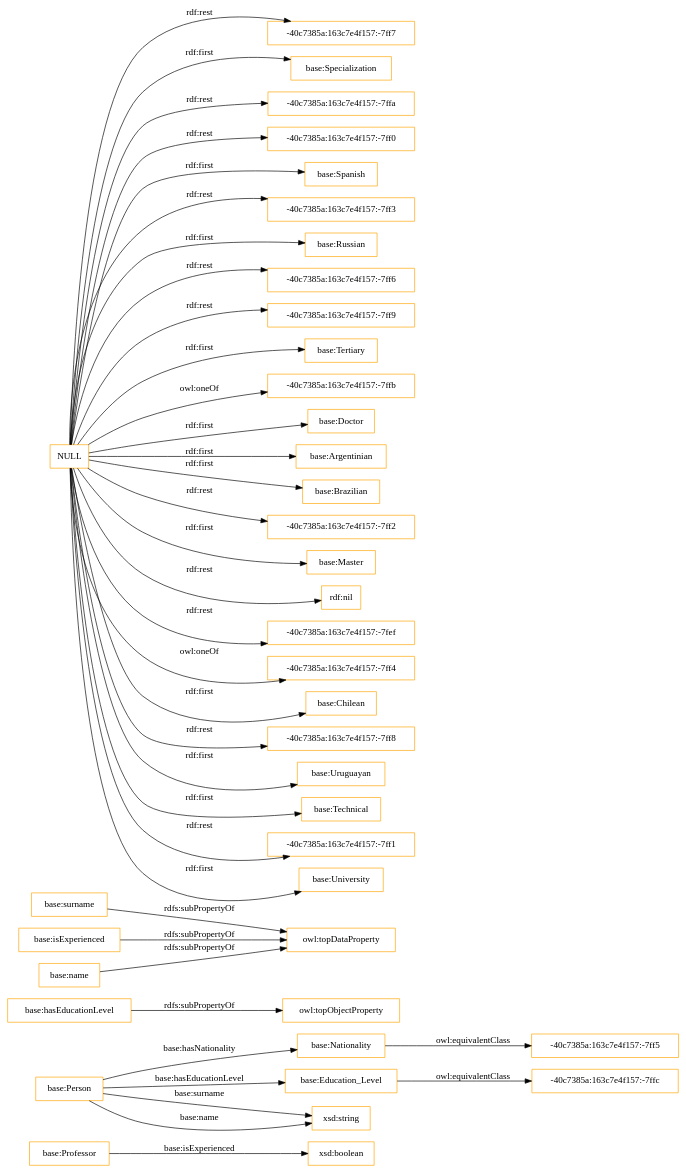
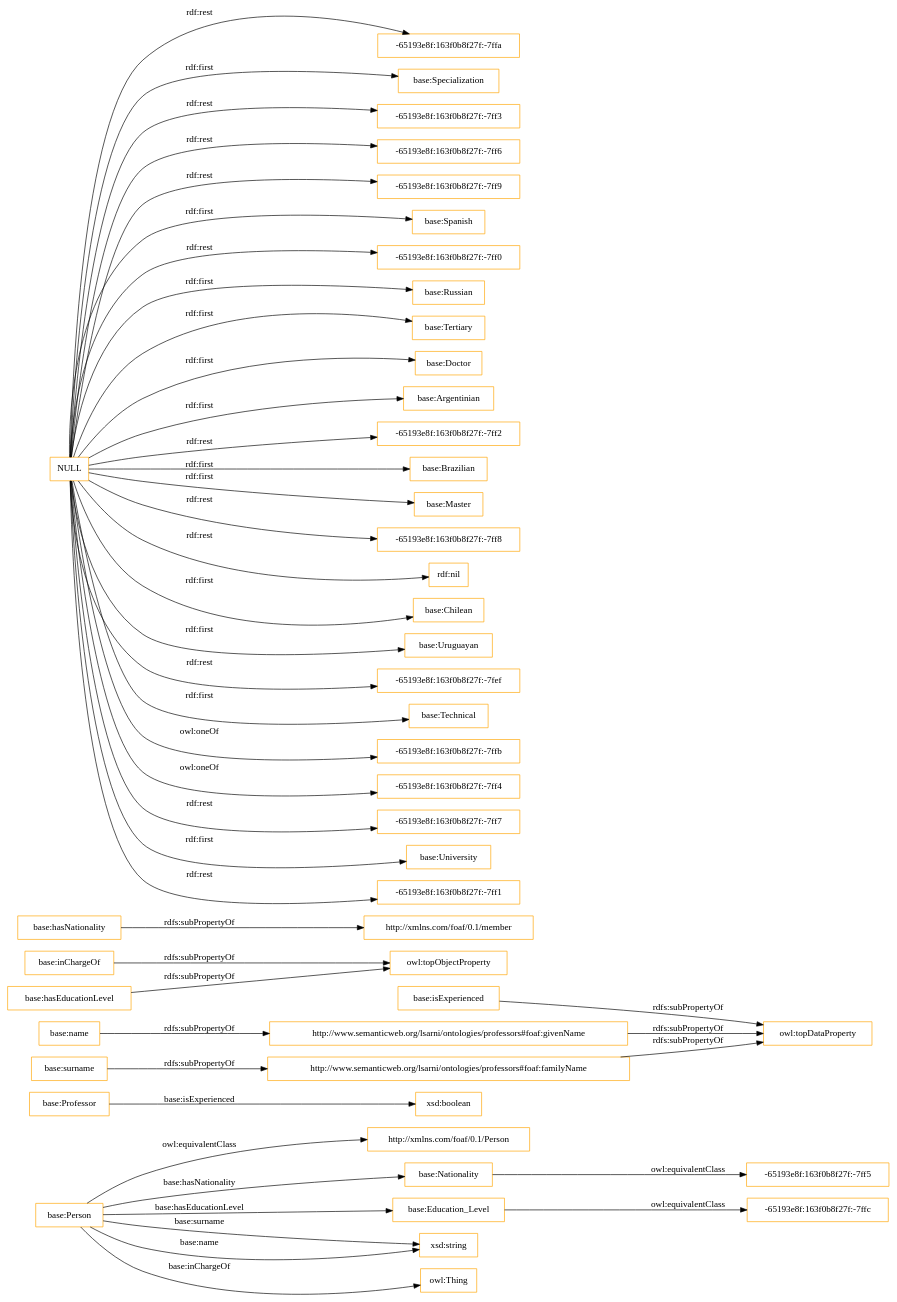
Before and after one commit to OnToologyUser/OntoCIS1: the diagram in OnToology/professors.owl/diagrams/ar2dtool-class/professors.owl.png.dot, drawn with Graphviz. The commit also changed 122 other files, not shown here.

```diff
--- a/OnToology/professors.owl/diagrams/ar2dtool-class/professors.owl.png.dot
+++ b/OnToology/professors.owl/diagrams/ar2dtool-class/professors.owl.png.dot
@@ -1,42 +1,48 @@
 digraph ar2dtool_diagram { 
 rankdir=LR;
 size="1501"
-node [shape = rectangle, color="orange"]; "base:Professor" "base:Person" "-40c7385a:163c7e4f157:-7ff5" "base:Nationality" "-40c7385a:163c7e4f157:-7ffc" "base:Education_Level" ; /*classes style*/
+node [shape = rectangle, color="orange"]; "http://xmlns.com/foaf/0.1/Person" "base:Professor" "base:Person" "-65193e8f:163f0b8f27f:-7ff5" "base:Nationality" "-65193e8f:163f0b8f27f:-7ffc" "base:Education_Level" ; /*classes style*/
+	"http://www.semanticweb.org/lsarni/ontologies/professors#foaf:familyName" -> "owl:topDataProperty" [ label = "rdfs:subPropertyOf" ];
+	"base:inChargeOf" -> "owl:topObjectProperty" [ label = "rdfs:subPropertyOf" ];
 	"base:hasEducationLevel" -> "owl:topObjectProperty" [ label = "rdfs:subPropertyOf" ];
-	"base:surname" -> "owl:topDataProperty" [ label = "rdfs:subPropertyOf" ];
+	"base:surname" -> "http://www.semanticweb.org/lsarni/ontologies/professors#foaf:familyName" [ label = "rdfs:subPropertyOf" ];
 	"base:isExperienced" -> "owl:topDataProperty" [ label = "rdfs:subPropertyOf" ];
-	"base:name" -> "owl:topDataProperty" [ label = "rdfs:subPropertyOf" ];
-	"base:Education_Level" -> "-40c7385a:163c7e4f157:-7ffc" [ label = "owl:equivalentClass" ];
-	"NULL" -> "-40c7385a:163c7e4f157:-7ff7" [ label = "rdf:rest" ];
+	"base:name" -> "http://www.semanticweb.org/lsarni/ontologies/professors#foaf:givenName" [ label = "rdfs:subPropertyOf" ];
+	"base:hasNationality" -> "http://xmlns.com/foaf/0.1/member" [ label = "rdfs:subPropertyOf" ];
+	"base:Person" -> "http://xmlns.com/foaf/0.1/Person" [ label = "owl:equivalentClass" ];
+	"base:Education_Level" -> "-65193e8f:163f0b8f27f:-7ffc" [ label = "owl:equivalentClass" ];
+	"http://www.semanticweb.org/lsarni/ontologies/professors#foaf:givenName" -> "owl:topDataProperty" [ label = "rdfs:subPropertyOf" ];
+	"NULL" -> "-65193e8f:163f0b8f27f:-7ffa" [ label = "rdf:rest" ];
 	"NULL" -> "base:Specialization" [ label = "rdf:first" ];
-	"NULL" -> "-40c7385a:163c7e4f157:-7ffa" [ label = "rdf:rest" ];
-	"NULL" -> "-40c7385a:163c7e4f157:-7ff0" [ label = "rdf:rest" ];
+	"NULL" -> "-65193e8f:163f0b8f27f:-7ff3" [ label = "rdf:rest" ];
+	"NULL" -> "-65193e8f:163f0b8f27f:-7ff6" [ label = "rdf:rest" ];
+	"NULL" -> "-65193e8f:163f0b8f27f:-7ff9" [ label = "rdf:rest" ];
 	"NULL" -> "base:Spanish" [ label = "rdf:first" ];
-	"NULL" -> "-40c7385a:163c7e4f157:-7ff3" [ label = "rdf:rest" ];
+	"NULL" -> "-65193e8f:163f0b8f27f:-7ff0" [ label = "rdf:rest" ];
 	"NULL" -> "base:Russian" [ label = "rdf:first" ];
-	"NULL" -> "-40c7385a:163c7e4f157:-7ff6" [ label = "rdf:rest" ];
-	"NULL" -> "-40c7385a:163c7e4f157:-7ff9" [ label = "rdf:rest" ];
 	"NULL" -> "base:Tertiary" [ label = "rdf:first" ];
-	"NULL" -> "-40c7385a:163c7e4f157:-7ffb" [ label = "owl:oneOf" ];
 	"NULL" -> "base:Doctor" [ label = "rdf:first" ];
 	"NULL" -> "base:Argentinian" [ label = "rdf:first" ];
+	"NULL" -> "-65193e8f:163f0b8f27f:-7ff2" [ label = "rdf:rest" ];
 	"NULL" -> "base:Brazilian" [ label = "rdf:first" ];
-	"NULL" -> "-40c7385a:163c7e4f157:-7ff2" [ label = "rdf:rest" ];
 	"NULL" -> "base:Master" [ label = "rdf:first" ];
+	"NULL" -> "-65193e8f:163f0b8f27f:-7ff8" [ label = "rdf:rest" ];
 	"NULL" -> "rdf:nil" [ label = "rdf:rest" ];
-	"NULL" -> "-40c7385a:163c7e4f157:-7fef" [ label = "rdf:rest" ];
-	"NULL" -> "-40c7385a:163c7e4f157:-7ff4" [ label = "owl:oneOf" ];
 	"NULL" -> "base:Chilean" [ label = "rdf:first" ];
-	"NULL" -> "-40c7385a:163c7e4f157:-7ff8" [ label = "rdf:rest" ];
 	"NULL" -> "base:Uruguayan" [ label = "rdf:first" ];
+	"NULL" -> "-65193e8f:163f0b8f27f:-7fef" [ label = "rdf:rest" ];
 	"NULL" -> "base:Technical" [ label = "rdf:first" ];
-	"NULL" -> "-40c7385a:163c7e4f157:-7ff1" [ label = "rdf:rest" ];
+	"NULL" -> "-65193e8f:163f0b8f27f:-7ffb" [ label = "owl:oneOf" ];
+	"NULL" -> "-65193e8f:163f0b8f27f:-7ff4" [ label = "owl:oneOf" ];
+	"NULL" -> "-65193e8f:163f0b8f27f:-7ff7" [ label = "rdf:rest" ];
 	"NULL" -> "base:University" [ label = "rdf:first" ];
-	"base:Nationality" -> "-40c7385a:163c7e4f157:-7ff5" [ label = "owl:equivalentClass" ];
+	"NULL" -> "-65193e8f:163f0b8f27f:-7ff1" [ label = "rdf:rest" ];
+	"base:Nationality" -> "-65193e8f:163f0b8f27f:-7ff5" [ label = "owl:equivalentClass" ];
 	"base:Person" -> "xsd:string" [ label = "base:surname" ];
+	"base:Person" -> "owl:Thing" [ label = "base:inChargeOf" ];
 	"base:Person" -> "xsd:string" [ label = "base:name" ];
 	"base:Person" -> "base:Education_Level" [ label = "base:hasEducationLevel" ];
 	"base:Professor" -> "xsd:boolean" [ label = "base:isExperienced" ];
 	"base:Person" -> "base:Nationality" [ label = "base:hasNationality" ];
 
 }
```
